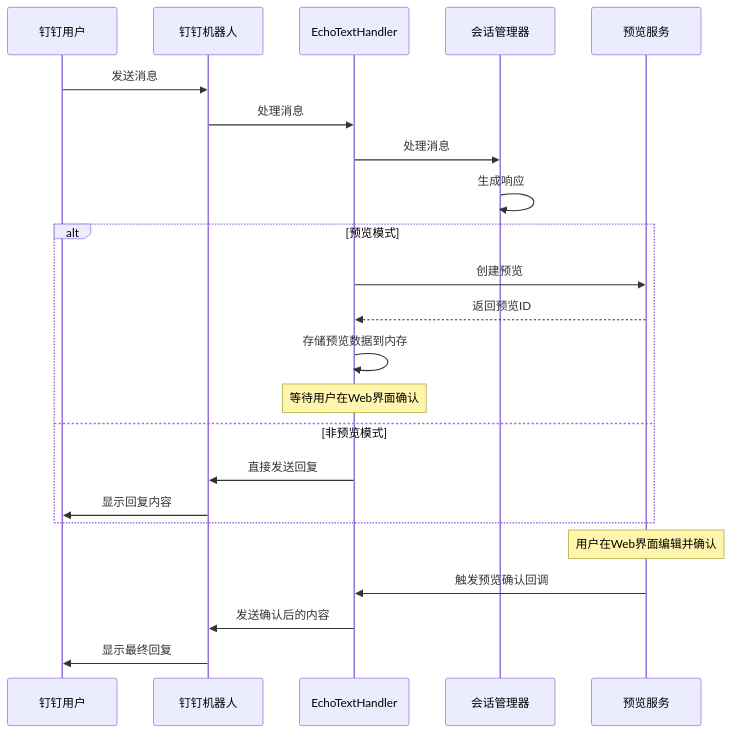
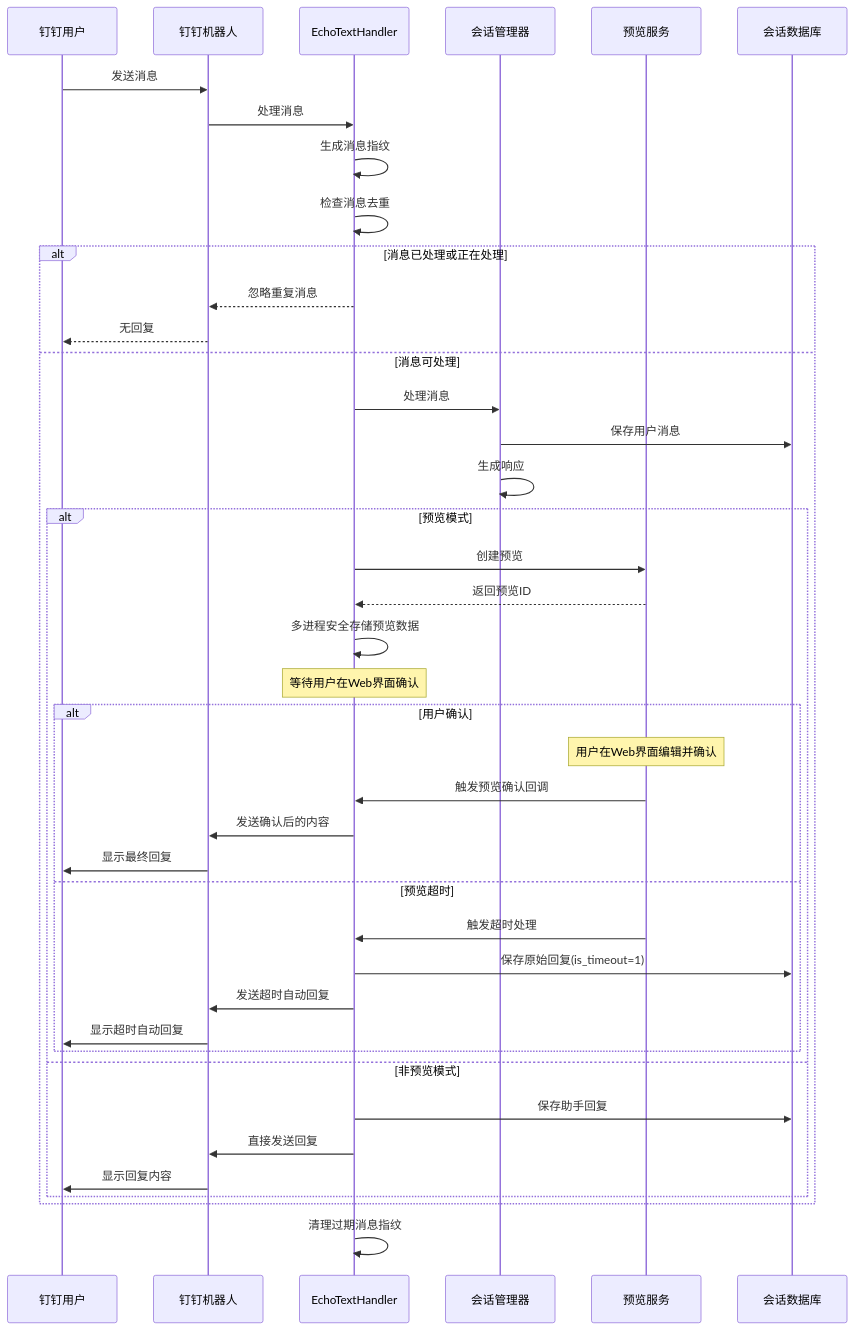
Before and after one commit to eogee/any4any: the third of 3 diagrams in docs/会话管理系统说明文档.md, drawn with Mermaid. The commit also changed other lines of this file and 2 other files, not shown here.

````diff
--- a/docs/会话管理系统说明文档.md
+++ b/docs/会话管理系统说明文档.md
@@ -97,28 +133,48 @@
 ```mermaid
 sequenceDiagram
     participant DD as 钉钉用户
     participant Bot as 钉钉机器人
     participant EH as EchoTextHandler
     participant CM as 会话管理器
     participant PS as 预览服务
+    participant DB as 会话数据库
     
     DD->>Bot: 发送消息
     Bot->>EH: 处理消息
-    EH->>CM: 处理消息
-    CM->>CM: 生成响应
     
-    alt 预览模式
-        EH->>PS: 创建预览
-        PS-->>EH: 返回预览ID
-        EH->>EH: 存储预览数据到内存
-        Note over EH: 等待用户在Web界面确认
-    else 非预览模式
-        EH->>Bot: 直接发送回复
-        Bot->>DD: 显示回复内容
+    EH->>EH: 生成消息指纹
+    EH->>EH: 检查消息去重
+    alt 消息已处理或正在处理
+        EH-->>Bot: 忽略重复消息
+        Bot-->>DD: 无回复
+    else 消息可处理
+        EH->>CM: 处理消息
+        CM->>DB: 保存用户消息
+        CM->>CM: 生成响应
+        
+        alt 预览模式
+            EH->>PS: 创建预览
+            PS-->>EH: 返回预览ID
+            EH->>EH: 多进程安全存储预览数据
+            Note over EH: 等待用户在Web界面确认
+            
+            alt 用户确认
+                Note over PS: 用户在Web界面编辑并确认
+                PS->>EH: 触发预览确认回调
+                EH->>Bot: 发送确认后的内容
+                Bot->>DD: 显示最终回复
+            else 预览超时
+                PS->>EH: 触发超时处理
+                EH->>DB: 保存原始回复(is_timeout=1)
+                EH->>Bot: 发送超时自动回复
+                Bot->>DD: 显示超时自动回复
+            end
+        else 非预览模式
+            EH->>DB: 保存助手回复
+            EH->>Bot: 直接发送回复
+            Bot->>DD: 显示回复内容
+        end
     end
     
-    Note over PS: 用户在Web界面编辑并确认
-    PS->>EH: 触发预览确认回调
-    EH->>Bot: 发送确认后的内容
-    Bot->>DD: 显示最终回复
+    EH->>EH: 清理过期消息指纹
 ```
````
